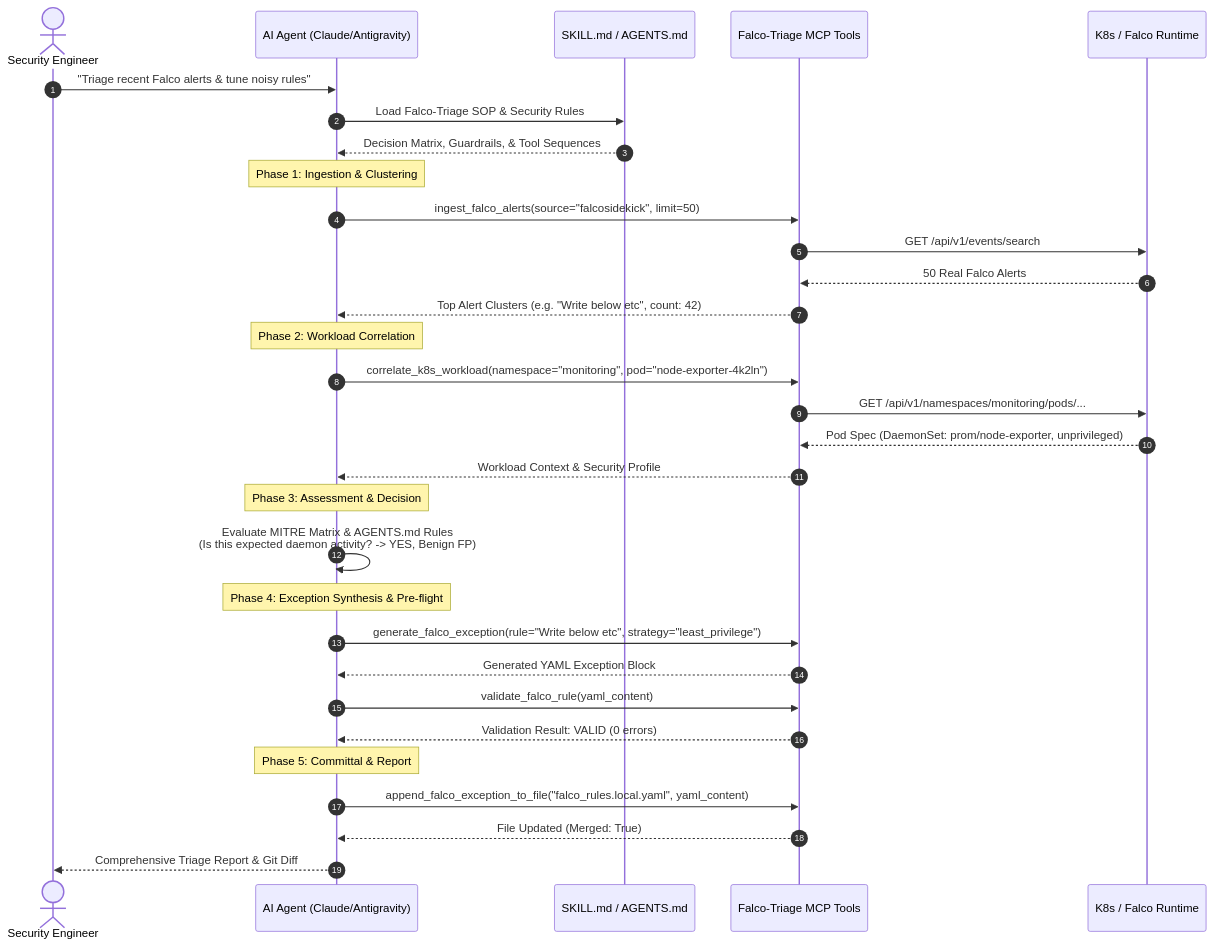
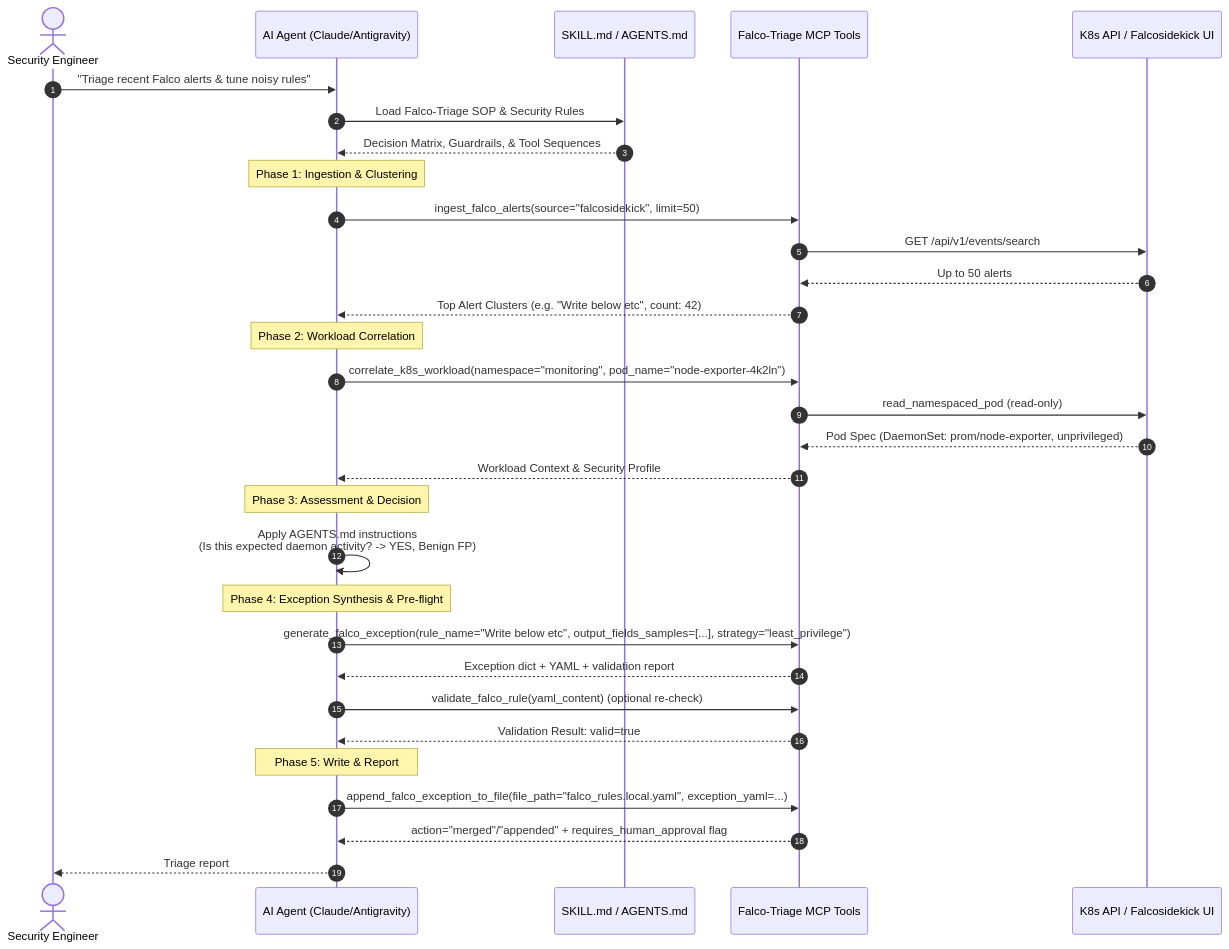
Before and after one commit to ritvikindupuri/FalcoMCP: the second of 2 diagrams in docs/TECHNICAL_DOCUMENTATION.md, drawn with Mermaid. The commit also changed other lines of this file and 5 other files, not shown here.

Commit message:
Docs accuracy pass; declare PyYAML, fix ui_port wiring, append docstring

````diff
--- a/docs/TECHNICAL_DOCUMENTATION.md
+++ b/docs/TECHNICAL_DOCUMENTATION.md
@@ -136,39 +139,39 @@
 ```mermaid
 sequenceDiagram
     autonumber
     actor Engineer as Security Engineer
     participant Agent as AI Agent (Claude/Antigravity)
     participant Skill as SKILL.md / AGENTS.md
     participant Tools as Falco-Triage MCP Tools
-    participant Cluster as K8s / Falco Runtime
+    participant Cluster as K8s API / Falcosidekick UI
 
     Engineer->>Agent: "Triage recent Falco alerts & tune noisy rules"
     Agent->>Skill: Load Falco-Triage SOP & Security Rules
     Skill-->>Agent: Decision Matrix, Guardrails, & Tool Sequences
 
     Note over Agent: Phase 1: Ingestion & Clustering
     Agent->>Tools: ingest_falco_alerts(source="falcosidekick", limit=50)
     Tools->>Cluster: GET /api/v1/events/search
-    Cluster-->>Tools: 50 Real Falco Alerts
+    Cluster-->>Tools: Up to 50 alerts
     Tools-->>Agent: Top Alert Clusters (e.g. "Write below etc", count: 42)
 
     Note over Agent: Phase 2: Workload Correlation
-    Agent->>Tools: correlate_k8s_workload(namespace="monitoring", pod="node-exporter-4k2ln")
-    Tools->>Cluster: GET /api/v1/namespaces/monitoring/pods/...
+    Agent->>Tools: correlate_k8s_workload(namespace="monitoring", pod_name="node-exporter-4k2ln")
+    Tools->>Cluster: read_namespaced_pod (read-only)
     Cluster-->>Tools: Pod Spec (DaemonSet: prom/node-exporter, unprivileged)
     Tools-->>Agent: Workload Context & Security Profile
 
     Note over Agent: Phase 3: Assessment & Decision
-    Agent->>Agent: Evaluate MITRE Matrix & AGENTS.md Rules<br/>(Is this expected daemon activity? -> YES, Benign FP)
+    Agent->>Agent: Apply AGENTS.md instructions<br/>(Is this expected daemon activity? -> YES, Benign FP)
 
     Note over Agent: Phase 4: Exception Synthesis & Pre-flight
-    Agent->>Tools: generate_falco_exception(rule="Write below etc", strategy="least_privilege")
-    Tools-->>Agent: Generated YAML Exception Block
-    Agent->>Tools: validate_falco_rule(yaml_content)
-    Tools-->>Agent: Validation Result: VALID (0 errors)
+    Agent->>Tools: generate_falco_exception(rule_name="Write below etc", output_fields_samples=[...], strategy="least_privilege")
+    Tools-->>Agent: Exception dict + YAML + validation report
+    Agent->>Tools: validate_falco_rule(yaml_content) (optional re-check)
+    Tools-->>Agent: Validation Result: valid=true
 
-    Note over Agent: Phase 5: Committal & Report
-    Agent->>Tools: append_falco_exception_to_file("falco_rules.local.yaml", yaml_content)
-    Tools-->>Agent: File Updated (Merged: True)
-    Agent-->>Engineer: Comprehensive Triage Report & Git Diff
+    Note over Agent: Phase 5: Write & Report
+    Agent->>Tools: append_falco_exception_to_file(file_path="falco_rules.local.yaml", exception_yaml=...)
+    Tools-->>Agent: action="merged"/"appended" + requires_human_approval flag
+    Agent-->>Engineer: Triage report
 ```
````
